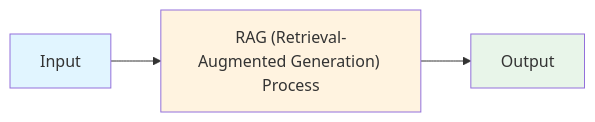
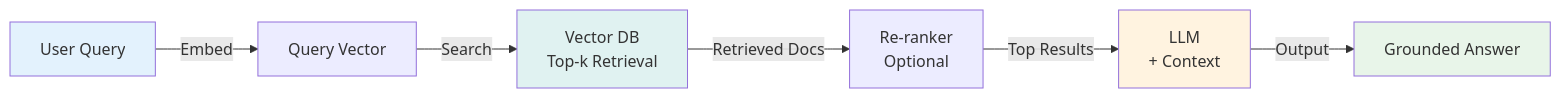
One commit to souradeepta/interviewprep-ai changed the first of 2 diagrams in llm/concepts/rag.md. Above: the diagram before and after it, drawn with Mermaid. The commit also changed other lines of this file and 10 other files, not shown here.

First line of the commit message:
feat: add enhancement script and upgrade 8 key concepts with real Q&A, Mermaid diagrams, real-world examples

````diff
--- a/llm/concepts/rag.md
+++ b/llm/concepts/rag.md
@@ -47,9 +47,13 @@
 ```mermaid
 graph LR
-    A["Input"] --> B["RAG (Retrieval-Augmented Generation) Process"]
-    B --> C["Output"]
+    A["User Query"] -->|Embed| B["Query Vector"]
+    B -->|Search| C["Vector DB<br/>Top-k Retrieval"]
+    C -->|Retrieved Docs| D["Re-ranker<br/>Optional"]
+    D -->|Top Results| E["LLM<br/>+ Context"]
+    E -->|Output| F["Grounded Answer"]
 
-    style A fill:#e1f5ff
-    style B fill:#fff3e0
-    style C fill:#e8f5e9
+    style A fill:#e3f2fd
+    style C fill:#e0f2f1
+    style E fill:#fff3e0
+    style F fill:#e8f5e9
 ```
````
